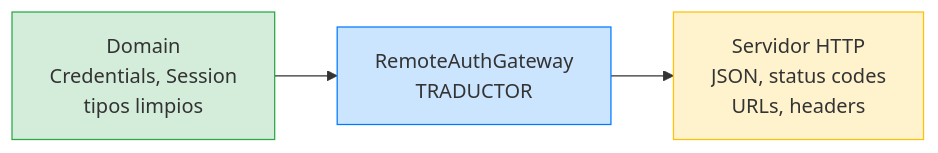
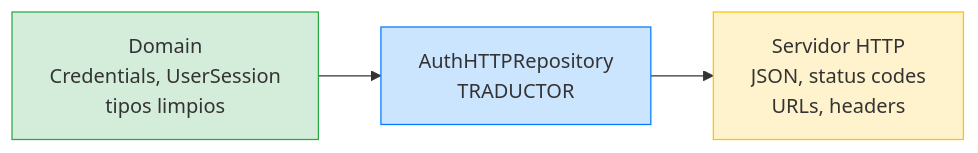
The second of 3 diagrams in 01-fundamentos/05-feature-login/03-infrastructure.md (SwiftEnProfundidad/stack-my-architecture-ios), drawn with Mermaid before and after one commit. The commit also changed other lines of this file and 50 other files, not shown here.

````diff
--- a/01-fundamentos/05-feature-login/03-infrastructure.md
+++ b/01-fundamentos/05-feature-login/03-infrastructure.md
@@ -181,8 +181,8 @@
 ```mermaid
 flowchart LR
-    DOMAIN["Domain<br/>Credentials, Session<br/>tipos limpios"] --> GATEWAY["RemoteAuthGateway<br/>TRADUCTOR"] --> HTTP["Servidor HTTP<br/>JSON, status codes<br/>URLs, headers"]
+    DOMAIN["Domain<br/>Credentials, UserSession<br/>tipos limpios"] --> GATEWAY["AuthHTTPRepository<br/>TRADUCTOR"] --> HTTP["Servidor HTTP<br/>JSON, status codes<br/>URLs, headers"]
 
     style DOMAIN fill:#d4edda,stroke:#28a745
     style GATEWAY fill:#cce5ff,stroke:#007bff
     style HTTP fill:#fff3cd,stroke:#ffc107
 ```
````
